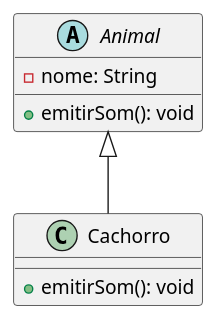
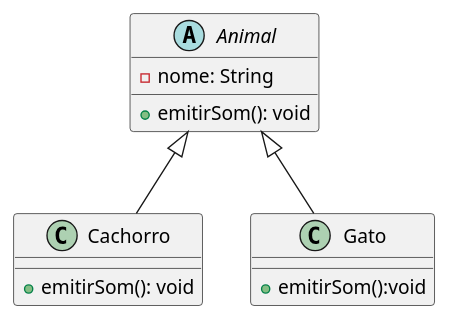
One commit to jhonieldorschulz/ts-project changed the diagram in src/diagrams/bicharada.puml. Above: the diagram before and after it, drawn with PlantUML. The commit also changed 1 other file, not shown here.

```diff
--- a/src/diagrams/bicharada.puml
+++ b/src/diagrams/bicharada.puml
@@ -1,13 +1,16 @@
 @startuml
 abstract class Animal {
     -nome: String 
     +emitirSom(): void
 }
 
 class Cachorro extends Animal{
      +emitirSom(): void
 }
 
+class Gato extends Animal{
+    +emitirSom():void
+}
 
 
 @enduml
```
